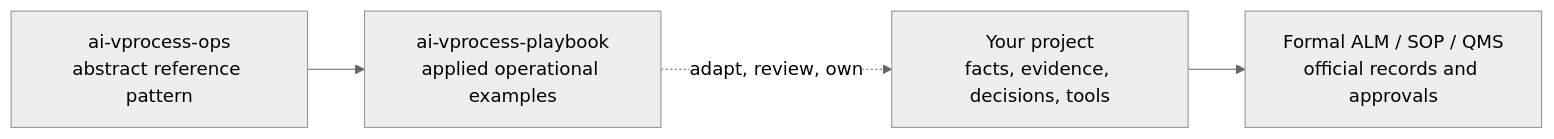
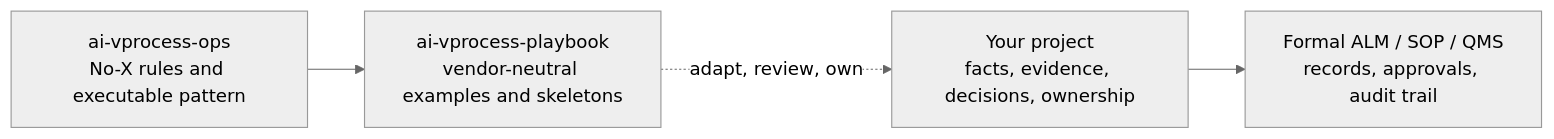
The diagram in README.md (enzoferraripapa-arch/ai-vprocess-playbook), drawn with Mermaid (neutral theme) before and after one commit. The commit also changed other lines of this file and 5 other files, not shown here.

````diff
--- a/README.md
+++ b/README.md
@@ -16,11 +18,11 @@
 ```mermaid
 flowchart LR
-    ops["ai-vprocess-ops<br/>abstract reference pattern"]
-    playbook["ai-vprocess-playbook<br/>applied operational examples"]
-    project["Your project<br/>facts, evidence, decisions, tools"]
-    formal["Formal ALM / SOP / QMS<br/>official records and approvals"]
+    ops["ai-vprocess-ops<br/>No-X rules and executable pattern"]
+    playbook["ai-vprocess-playbook<br/>vendor-neutral examples and skeletons"]
+    project["Your project<br/>facts, evidence, decisions, ownership"]
+    formal["Formal ALM / SOP / QMS<br/>records, approvals, audit trail"]
 
     ops --> playbook
     playbook -. "adapt, review, own" .-> project
     project --> formal
 ```
````
